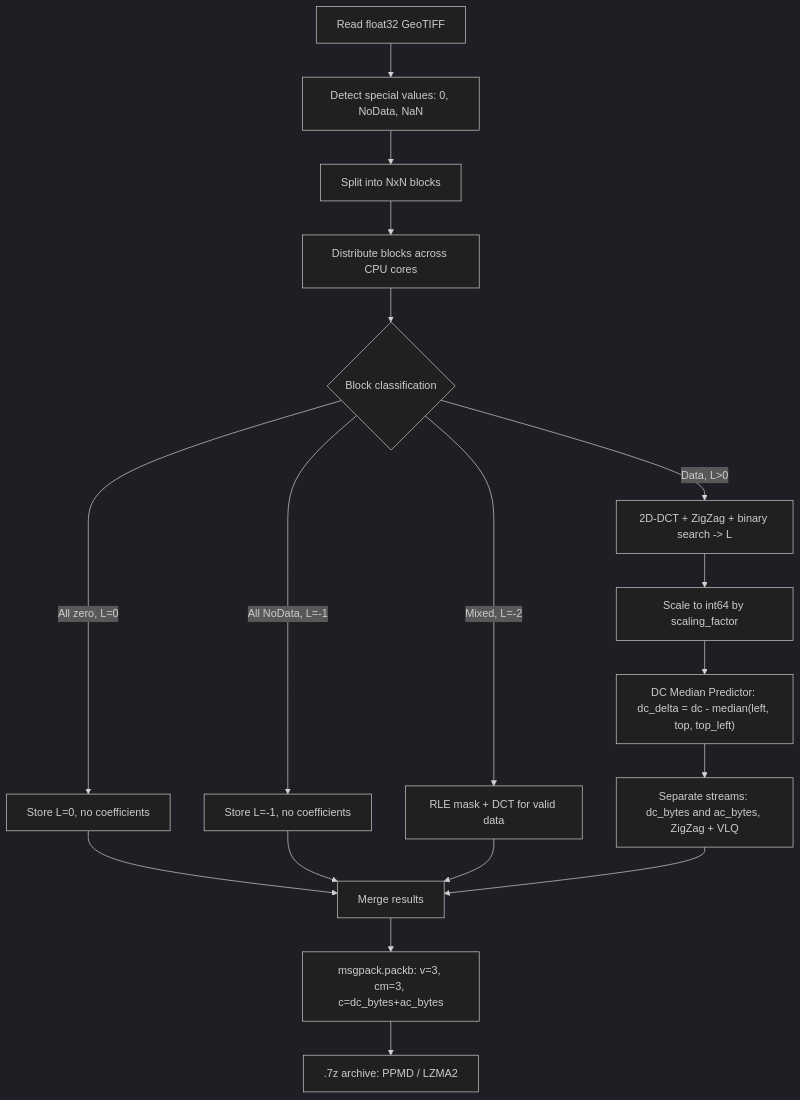
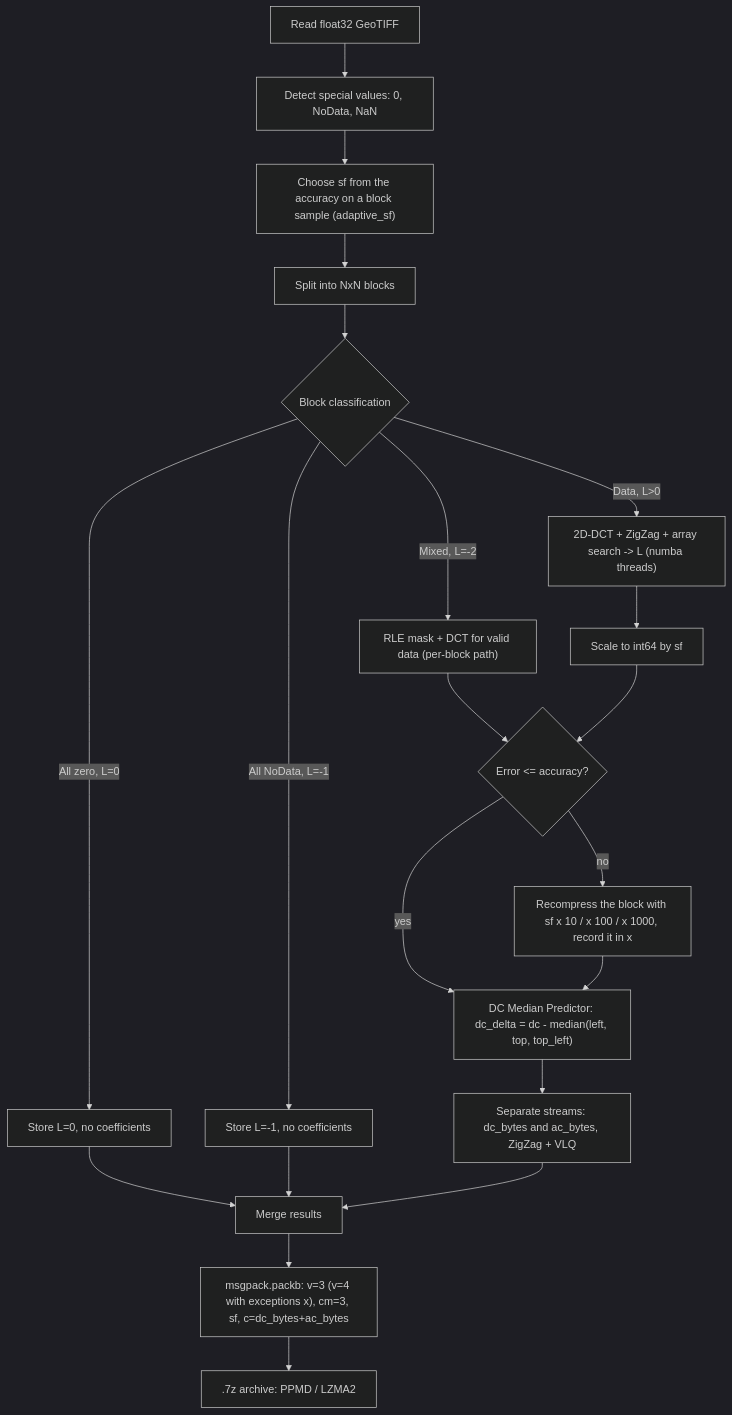
One commit to ZSIP/FIDWaC changed the second of 10 diagrams in README_EN.md. Above: the diagram before and after it, drawn with Mermaid (dark theme). The commit also changed other lines of this file and 20 other files, not shown here.

First line of the commit message:
Float DCT: adaptive scaling factor with per-block exceptions; faster float32 and uint8 search

````diff
--- a/README_EN.md
+++ b/README_EN.md
@@ -593,20 +670,23 @@
 ```mermaid
 graph TB
     A["Read float32 GeoTIFF"] --> B["Detect special values: 0, NoData, NaN"]
-    B --> C["Split into NxN blocks"]
-    C --> D["Distribute blocks across CPU cores"]
-    D --> E{"Block classification"}
+    B --> S["Choose sf from the accuracy on a block sample (adaptive_sf)"]
+    S --> C["Split into NxN blocks"]
+    C --> E{"Block classification"}
     E -->|All zero, L=0| F1["Store L=0, no coefficients"]
     E -->|All NoData, L=-1| F2["Store L=-1, no coefficients"]
-    E -->|Mixed, L=-2| F3["RLE mask + DCT for valid data"]
-    E -->|Data, L>0| F4["2D-DCT + ZigZag + binary search -> L"]
-    F4 --> G["Scale to int64 by scaling_factor"]
-    G --> I["DC Median Predictor: dc_delta = dc - median(left, top, top_left)"]
+    E -->|Mixed, L=-2| F3["RLE mask + DCT for valid data (per-block path)"]
+    E -->|Data, L>0| F4["2D-DCT + ZigZag + array search -> L (numba threads)"]
+    F4 --> G["Scale to int64 by sf"]
+    F3 --> X{"Error <= accuracy?"}
+    G --> X
+    X -->|no| XE["Recompress the block with sf x 10 / x 100 / x 1000, record it in x"]
+    X -->|yes| I["DC Median Predictor: dc_delta = dc - median(left, top, top_left)"]
+    XE --> I
     I --> J["Separate streams: dc_bytes and ac_bytes, ZigZag + VLQ"]
     F1 --> L["Merge results"]
     F2 --> L
-    F3 --> L
     J --> L
-    L --> M["msgpack.packb: v=3, cm=3, c=dc_bytes+ac_bytes"]
+    L --> M["msgpack.packb: v=3 (v=4 with exceptions x), cm=3, sf, c=dc_bytes+ac_bytes"]
     M --> N[".7z archive: PPMD / LZMA2"]
 ```
````
